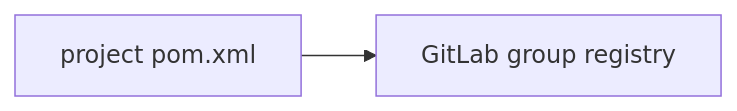
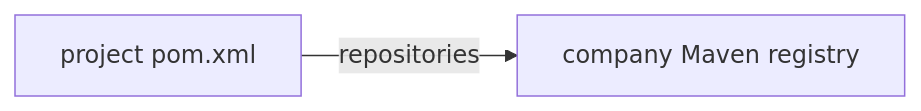
Before and after one commit to IAAA-Lab/maven-corporate-pom: the eighth of 9 diagrams in README.md, drawn with Mermaid. The commit also changed other lines of this file and 15 other files, not shown here.

````diff
--- a/README.md
+++ b/README.md
@@ -339,6 +258,6 @@
 ```mermaid
 flowchart LR
     pom["project pom.xml"]
-    gitlabGroup["GitLab group registry"]
-    pom -->|"<repositories>"| gitlabGroup
+    registry["company Maven registry"]
+    pom -->|"repositories"| registry
 ```
````
